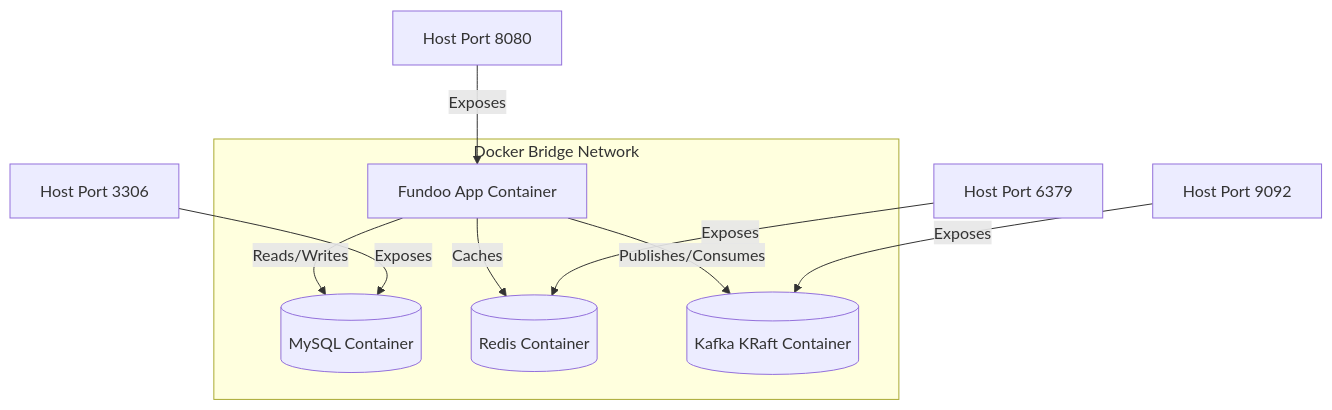
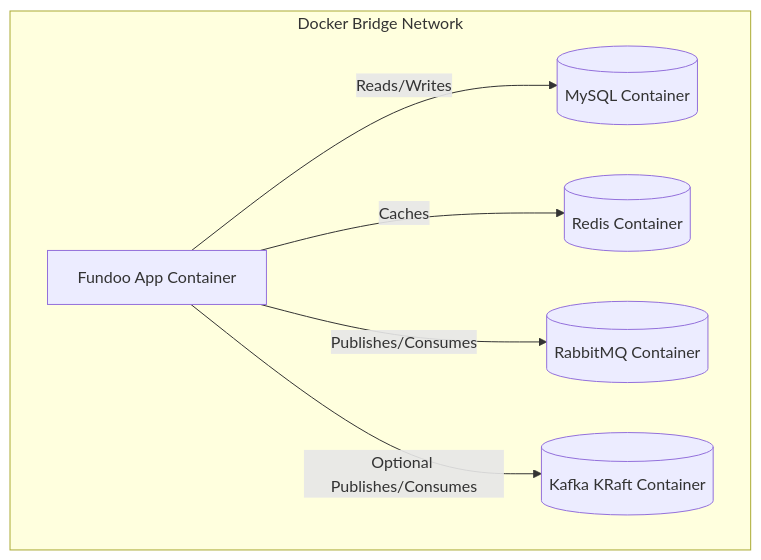
One commit to P-J-Mugilan/fundoo-app-backend changed the third of 3 diagrams in PROJECT_DOCUMENT.md. Above: the diagram before and after it, drawn with Mermaid. The commit also changed other lines of this file and 6 other files, not shown here.

````diff
--- a/PROJECT_DOCUMENT.md
+++ b/PROJECT_DOCUMENT.md
@@ -244,18 +202,15 @@
 ```mermaid
 graph TD
     subgraph Docker Bridge Network
         App[Fundoo App Container]
         MySQL[(MySQL Container)]
         Redis[(Redis Container)]
+        RabbitMQ[(RabbitMQ Container)]
         Kafka[(Kafka KRaft Container)]
     end
     
     App -->|Reads/Writes| MySQL
     App -->|Caches| Redis
-    App -->|Publishes/Consumes| Kafka
-    
-    Host[Host Port 8080] -->|Exposes| App
-    HostMySQL[Host Port 3306] -->|Exposes| MySQL
-    HostRedis[Host Port 6379] -->|Exposes| Redis
-    HostKafka[Host Port 9092] -->|Exposes| Kafka
+    App -->|Publishes/Consumes| RabbitMQ
+    App -->|Optional Publishes/Consumes| Kafka
 ```
````
